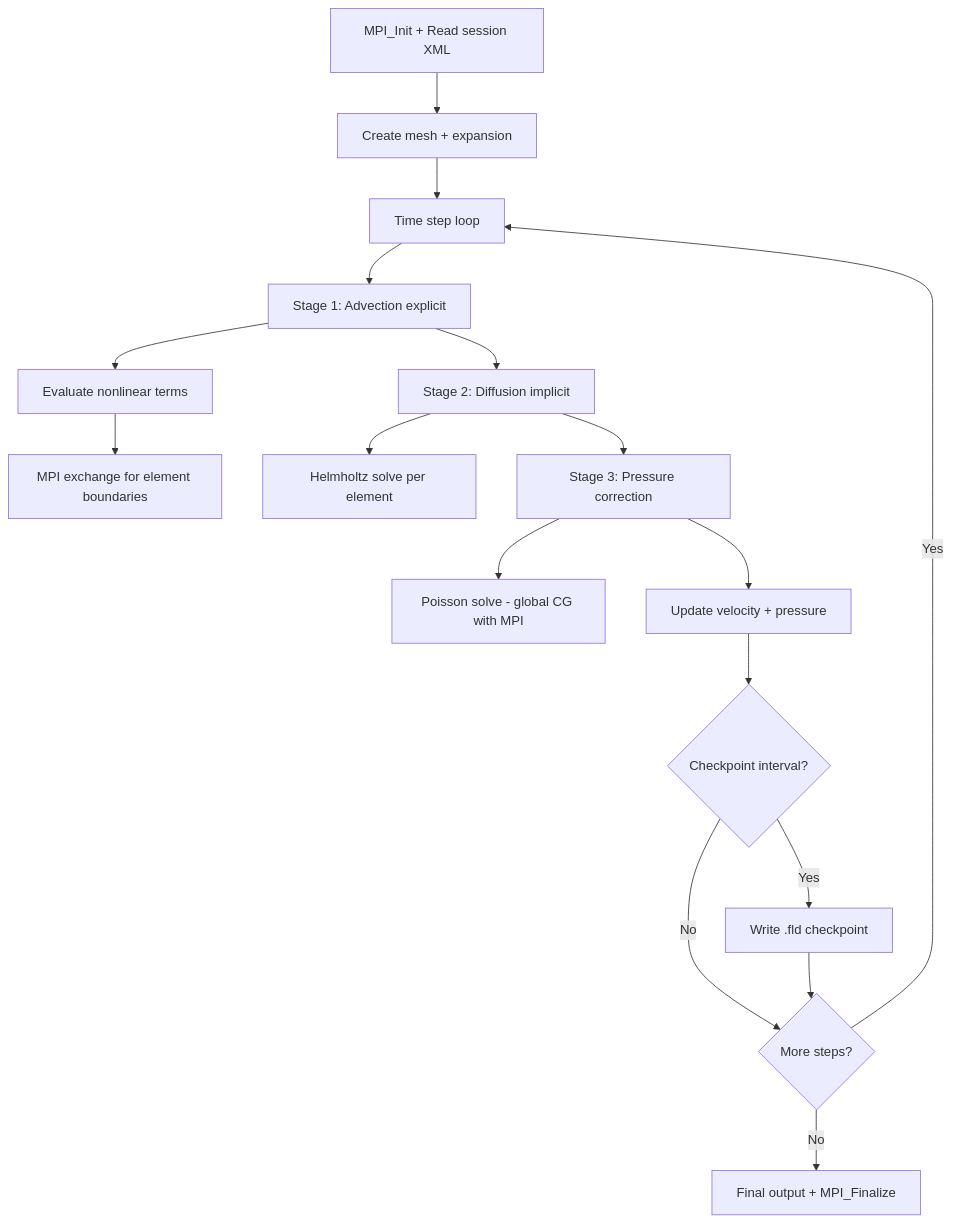
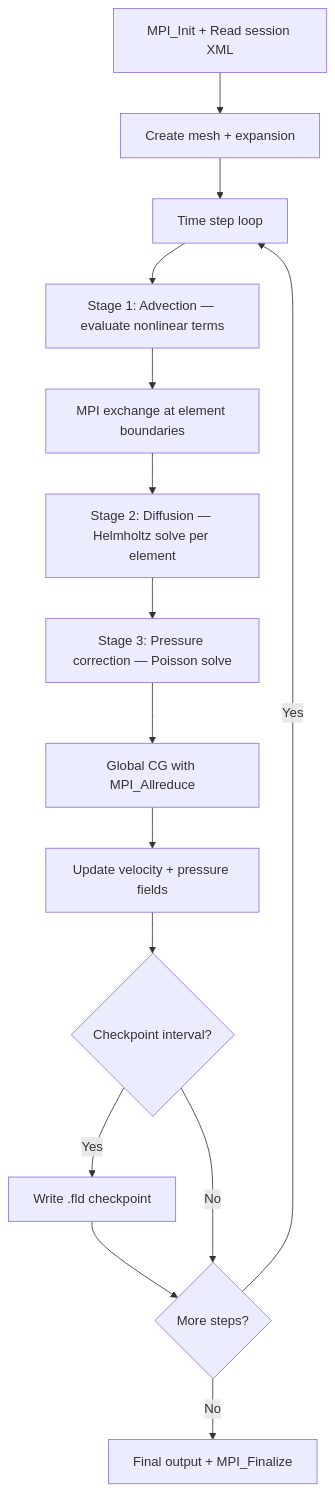
One commit to ngduchai/guard-agent changed the diagram in tests/apps/docs/Nektar++/computation_flow.md. Above: the diagram before and after it, drawn with Mermaid. The commit also changed other lines of this file and 19 other files, not shown here.

First line of the commit message:
docs: fix all computation flow diagrams and add output comparison guide

````diff
--- a/tests/apps/docs/Nektar++/computation_flow.md
+++ b/tests/apps/docs/Nektar++/computation_flow.md
@@ -7,19 +8,17 @@
 ```mermaid
 flowchart TD
     A[MPI_Init + Read session XML] --> B[Create mesh + expansion]
     B --> C[Time step loop]
-    C --> D[Stage 1: Advection explicit]
-    D --> D1[Evaluate nonlinear terms]
-    D1 --> D2[MPI exchange for element boundaries]
-    D --> E[Stage 2: Diffusion implicit]
-    E --> E1[Helmholtz solve per element]
-    E --> F[Stage 3: Pressure correction]
-    F --> F1[Poisson solve - global CG with MPI]
-    F --> G[Update velocity + pressure]
+    C --> D[Stage 1: Advection — evaluate nonlinear terms]
+    D --> D2[MPI exchange at element boundaries]
+    D2 --> E[Stage 2: Diffusion — Helmholtz solve per element]
+    E --> F[Stage 3: Pressure correction — Poisson solve]
+    F --> F1["Global CG with MPI_Allreduce"]
+    F1 --> G[Update velocity + pressure fields]
     G --> H{Checkpoint interval?}
-    H -->|Yes| I[Write .fld checkpoint]
-    H -->|No| J{More steps?}
-    I --> J
+    H -->|Yes| I["Write .fld checkpoint"]
+    I --> J{More steps?}
+    H -->|No| J
     J -->|Yes| C
     J -->|No| K[Final output + MPI_Finalize]
 ```
````
